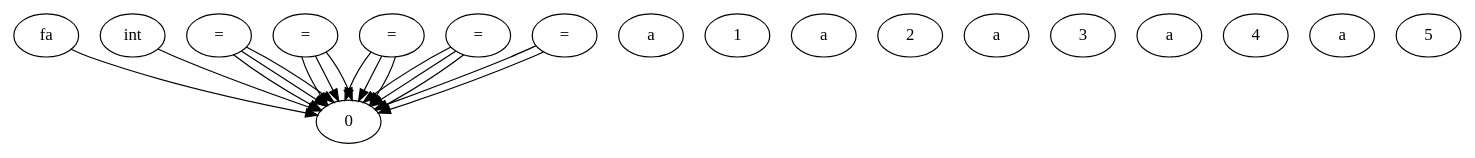
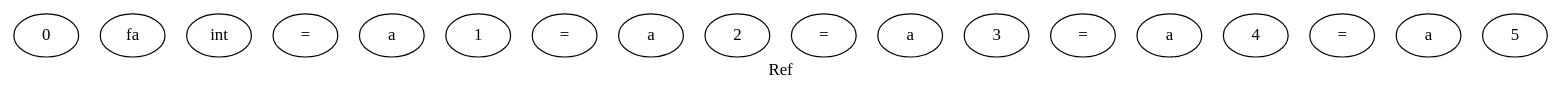
Before and after one commit to mateusalvi/Compilador: the diagram in saida.dot, drawn with Graphviz. The commit also changed 22 other files, not shown here.

```diff
--- a/saida.dot
+++ b/saida.dot
@@ -1,35 +1,36 @@
 digraph {
-  0x4a51500 -> 0x4a51700
-  0x4a51700 -> 0x4a51be0
-  0x4a51be0 -> 0x4a519c0
-  0x4a51be0 -> 0x4a51ad0
-  0x4a51be0 -> 0x4a52000
-  0x4a52000 -> 0x4a51de0
-  0x4a52000 -> 0x4a51ef0
-  0x4a52000 -> 0x4a52420
-  0x4a52420 -> 0x4a52200
-  0x4a52420 -> 0x4a52310
-  0x4a52420 -> 0x4a52840
-  0x4a52840 -> 0x4a52620
-  0x4a52840 -> 0x4a52730
-  0x4a52840 -> 0x4a52c60
-  0x4a52c60 -> 0x4a52a40
-  0x4a52c60 -> 0x4a52b50
-  0x4a51500 [ label="fa" ];
-  0x4a51700 [ label="int" ];
-  0x4a51be0 [ label="=" ];
-  0x4a519c0 [ label="a" ];
-  0x4a51ad0 [ label="1" ];
-  0x4a52000 [ label="=" ];
-  0x4a51de0 [ label="a" ];
-  0x4a51ef0 [ label="2" ];
-  0x4a52420 [ label="=" ];
-  0x4a52200 [ label="a" ];
-  0x4a52310 [ label="3" ];
-  0x4a52840 [ label="=" ];
-  0x4a52620 [ label="a" ];
-  0x4a52730 [ label="4" ];
-  0x4a52c60 [ label="=" ];
-  0x4a52a40 [ label="a" ];
-  0x4a52b50 [ label="5" ];
+label="Ref";
+0x4a51500, 0x4a55660
+0x4a55660, 0x4a55b40
+0x4a55b40, 0x4a55920
+0x4a55b40, 0x4a55a30
+0x4a55b40, 0x4a55f60
+0x4a55f60, 0x4a55d40
+0x4a55f60, 0x4a55e50
+0x4a55f60, 0x4a56380
+0x4a56380, 0x4a56160
+0x4a56380, 0x4a56270
+0x4a56380, 0x4a567a0
+0x4a567a0, 0x4a56580
+0x4a567a0, 0x4a56690
+0x4a567a0, 0x4a56bc0
+0x4a56bc0, 0x4a569a0
+0x4a56bc0, 0x4a56ab0
+0x4a51500 [ label="fa" ];
+0x4a55660 [ label="int" ];
+0x4a55b40 [ label="=" ];
+0x4a55920 [ label="a" ];
+0x4a55a30 [ label="1" ];
+0x4a55f60 [ label="=" ];
+0x4a55d40 [ label="a" ];
+0x4a55e50 [ label="2" ];
+0x4a56380 [ label="=" ];
+0x4a56160 [ label="a" ];
+0x4a56270 [ label="3" ];
+0x4a567a0 [ label="=" ];
+0x4a56580 [ label="a" ];
+0x4a56690 [ label="4" ];
+0x4a56bc0 [ label="=" ];
+0x4a569a0 [ label="a" ];
+0x4a56ab0 [ label="5" ];
 }
```
